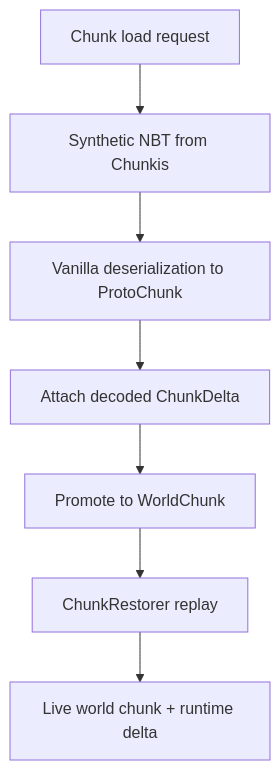
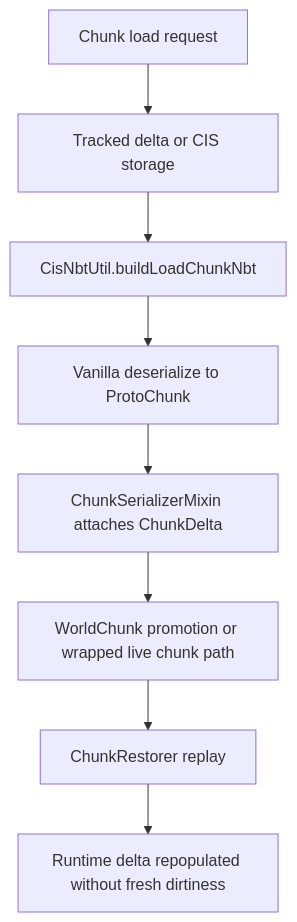
One commit to Liparakis/Chunkis changed the second of 2 diagrams in docs/Architecture/System-Overview.md. Above: the diagram before and after it, drawn with Mermaid. The commit also changed other lines of this file and 25 other files, not shown here.

Commit message:
docs: sync documentation with current architecture

````diff
--- a/docs/Architecture/System-Overview.md
+++ b/docs/Architecture/System-Overview.md
@@ -46,9 +35,10 @@
 ```mermaid
 flowchart TD
-    A["Chunk load request"] --> B["Synthetic NBT from Chunkis"]
-    B --> C["Vanilla deserialization to ProtoChunk"]
-    C --> D["Attach decoded ChunkDelta"]
-    D --> E["Promote to WorldChunk"]
-    E --> F["ChunkRestorer replay"]
-    F --> G["Live world chunk + runtime delta"]
+    A["Chunk load request"] --> B["Tracked delta or CIS storage"]
+    B --> C["CisNbtUtil.buildLoadChunkNbt"]
+    C --> D["Vanilla deserialize to ProtoChunk"]
+    D --> E["ChunkSerializerMixin attaches ChunkDelta"]
+    E --> F["WorldChunk promotion or wrapped live chunk path"]
+    F --> G["ChunkRestorer replay"]
+    G --> H["Runtime delta repopulated without fresh dirtiness"]
 ```
````
